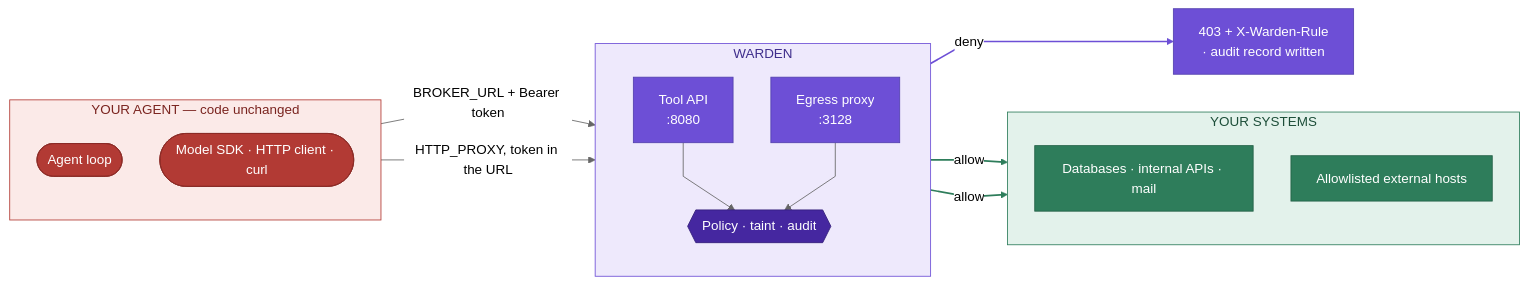
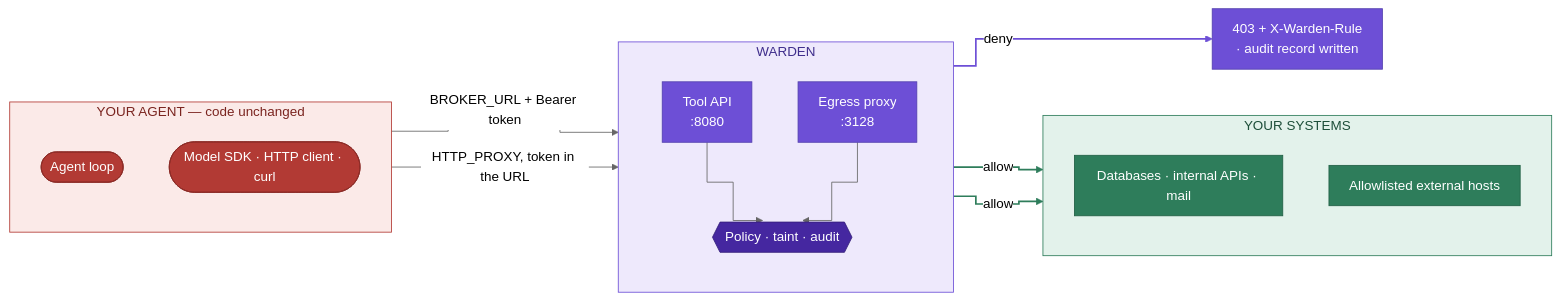
Before and after one commit to slavikztsv/warden: the first of 5 diagrams in README.md, drawn with Mermaid (neutral theme). The commit also changed other lines of this file, not shown here.

First line of the commit message:
docs: route diagram edges orthogonally instead of on diagonals

````diff
--- a/README.md
+++ b/README.md
@@ -248,46 +248,46 @@
 ```mermaid
-%%{init: {"flowchart": {"curve": "linear", "nodeSpacing": 45, "rankSpacing": 55}} }%%
+%%{init: {"flowchart": {"curve": "step", "nodeSpacing": 55, "rankSpacing": 70, "padding": 12}} }%%
 flowchart LR
     subgraph YOURS["YOUR AGENT — code unchanged"]
         direction TB
         Loop(["Agent loop"])
         SDK(["Model SDK · HTTP client · curl"])
     end
 
     subgraph WARDEN["WARDEN"]
         direction TB
         API["Tool API<br/>:8080"]
         Proxy["Egress proxy<br/>:3128"]
         Gate{{"Policy · taint · audit"}}
     end
 
     subgraph OUT["YOUR SYSTEMS"]
         direction TB
         Sys["Databases · internal APIs · mail"]
         Net["Allowlisted external hosts"]
     end
 
     Refused["403 + X-Warden-Rule<br/>· audit record written"]
 
     Loop -- "BROKER_URL + Bearer token" --> API
     SDK -- "HTTP_PROXY, token in the URL" --> Proxy
     API --> Gate
     Proxy --> Gate
     Gate -- "allow" --> Sys
     Gate -- "allow" --> Net
     Gate -- "deny" --> Refused
 
     classDef caller fill:#B23A34,stroke:#8B2A25,color:#FFFFFF
     classDef enforce fill:#6D4FD6,stroke:#5340AE,color:#FFFFFF
     classDef core fill:#4527A0,stroke:#341E7A,color:#FFFFFF
     classDef target fill:#2E7D5B,stroke:#226046,color:#FFFFFF
     class Loop,SDK caller
     class API,Proxy,Refused enforce
     class Gate core
     class Sys,Net target
     style YOURS fill:#FBEAE8,stroke:#B23A34,color:#7A241F
     style WARDEN fill:#EEE9FC,stroke:#6D4FD6,color:#3F2E8C
     style OUT fill:#E3F2EB,stroke:#2E7D5B,color:#1D4E39
     linkStyle 4,5 stroke:#2E7D5B,stroke-width:2px
     linkStyle 6 stroke:#6D4FD6,stroke-width:2px
 ```
````
